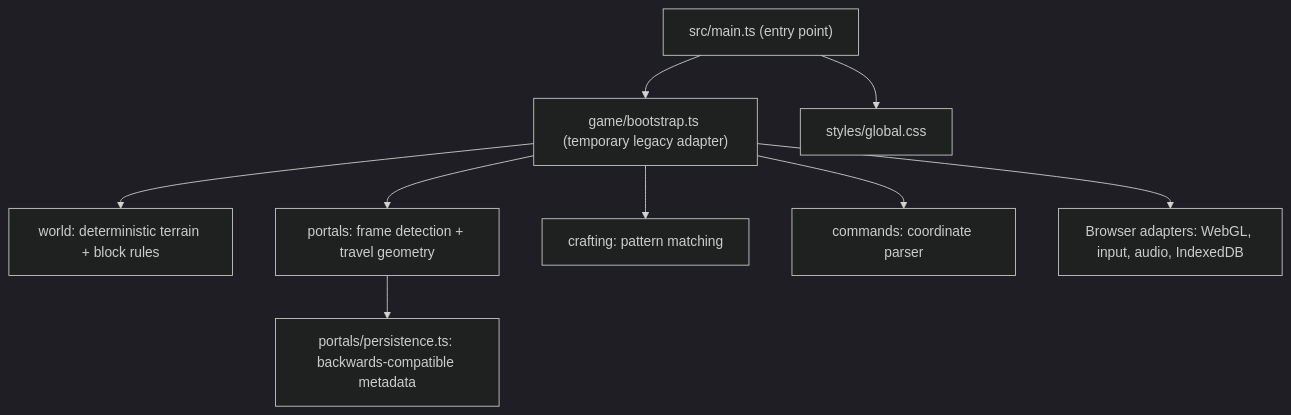
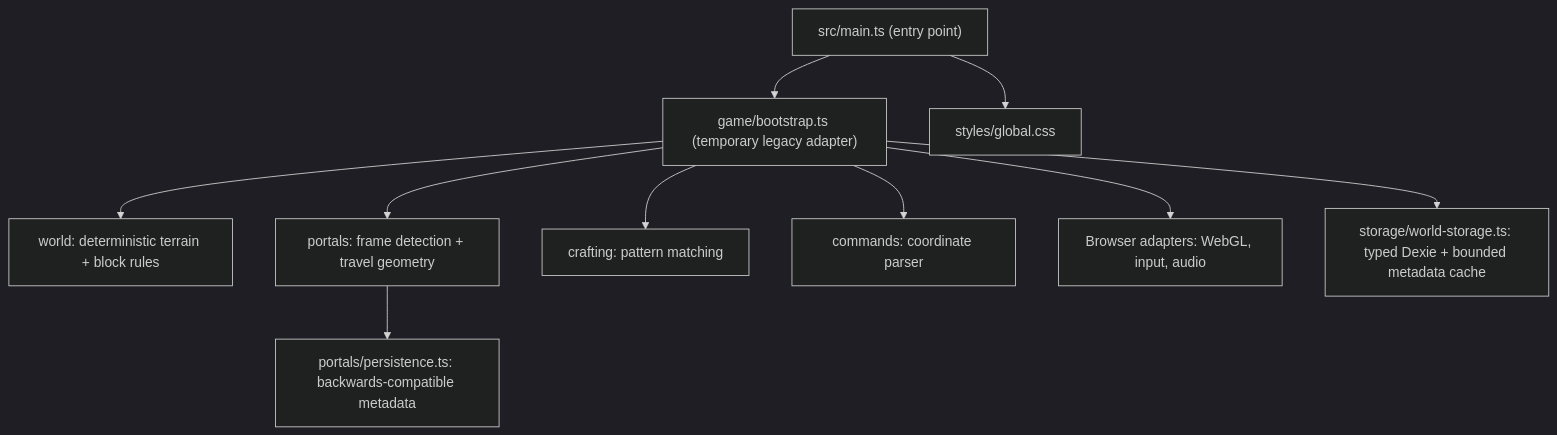
The first of 2 diagrams in docs/ARCHITECTURE.md (MauriceCraft/MauriceCraft), drawn with Mermaid (dark theme) before and after one commit. The commit also changed other lines of this file and 1 other file, not shown here.

First line of the commit message:
refactor(storage): migrate gameplay saves to Dexie repository

````diff
--- a/docs/ARCHITECTURE.md
+++ b/docs/ARCHITECTURE.md
@@ -32,11 +32,12 @@
 ```mermaid
 flowchart TD
     Entry["src/main.ts (entry point)"] --> Bootstrap["game/bootstrap.ts (temporary legacy adapter)"]
     Entry --> CSS["styles/global.css"]
     Bootstrap --> World["world: deterministic terrain + block rules"]
     Bootstrap --> Portals["portals: frame detection + travel geometry"]
     Bootstrap --> Crafting["crafting: pattern matching"]
     Bootstrap --> Commands["commands: coordinate parser"]
-    Bootstrap --> Browser["Browser adapters: WebGL, input, audio, IndexedDB"]
+    Bootstrap --> Browser["Browser adapters: WebGL, input, audio"]
+    Bootstrap --> Storage["storage/world-storage.ts: typed Dexie + bounded metadata cache"]
     Portals --> PortalPersistence["portals/persistence.ts: backwards-compatible metadata"]
 ```
````
